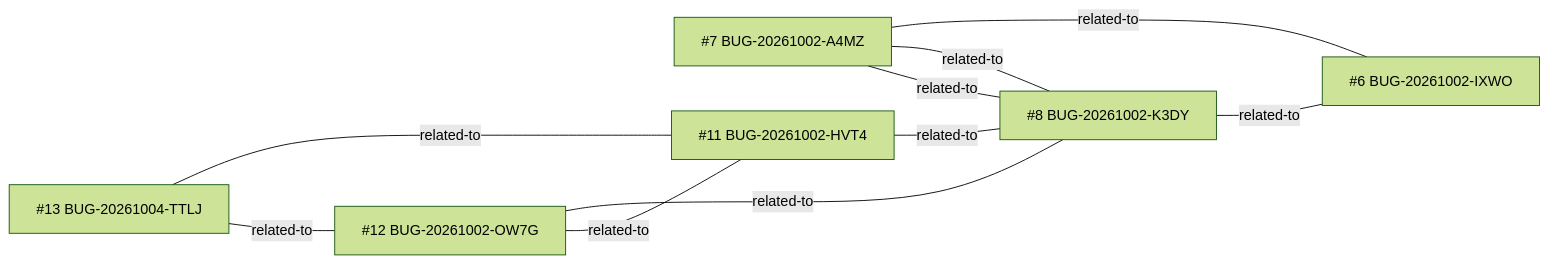
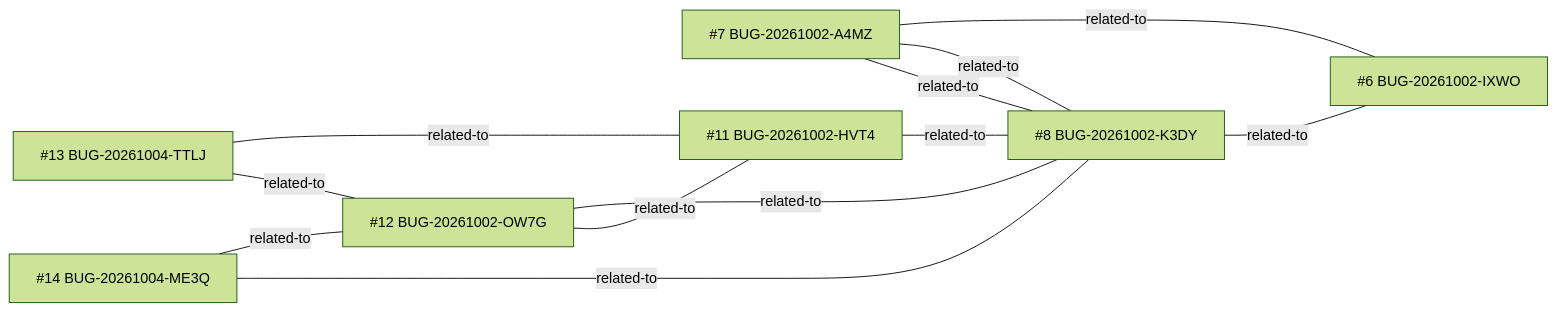
One commit to iago-leal/whispper-whatsapp-web changed the diagram in _reversa_bugs/janela-flutuante/generated/graph.md. Above: the diagram before and after it, drawn with Mermaid (forest theme). The commit also changed other lines of this file and 23 other files, not shown here.

````diff
--- a/_reversa_bugs/janela-flutuante/generated/graph.md
+++ b/_reversa_bugs/janela-flutuante/generated/graph.md
@@ -5,18 +5,21 @@
 ```mermaid
 graph LR
   BUG_20261002_IXWO["#6 BUG-20261002-IXWO"]
   BUG_20261002_A4MZ["#7 BUG-20261002-A4MZ"]
   BUG_20261002_K3DY["#8 BUG-20261002-K3DY"]
   BUG_20261002_HVT4["#11 BUG-20261002-HVT4"]
   BUG_20261002_OW7G["#12 BUG-20261002-OW7G"]
   BUG_20261004_TTLJ["#13 BUG-20261004-TTLJ"]
+  BUG_20261004_ME3Q["#14 BUG-20261004-ME3Q"]
   BUG_20261002_A4MZ ---|related-to| BUG_20261002_IXWO
   BUG_20261002_A4MZ ---|related-to| BUG_20261002_K3DY
   BUG_20261002_K3DY ---|related-to| BUG_20261002_A4MZ
   BUG_20261002_K3DY ---|related-to| BUG_20261002_IXWO
   BUG_20261002_HVT4 ---|related-to| BUG_20261002_K3DY
   BUG_20261002_OW7G ---|related-to| BUG_20261002_K3DY
   BUG_20261002_OW7G ---|related-to| BUG_20261002_HVT4
   BUG_20261004_TTLJ ---|related-to| BUG_20261002_HVT4
   BUG_20261004_TTLJ ---|related-to| BUG_20261002_OW7G
+  BUG_20261004_ME3Q ---|related-to| BUG_20261002_OW7G
+  BUG_20261004_ME3Q ---|related-to| BUG_20261002_K3DY
 ```
````
